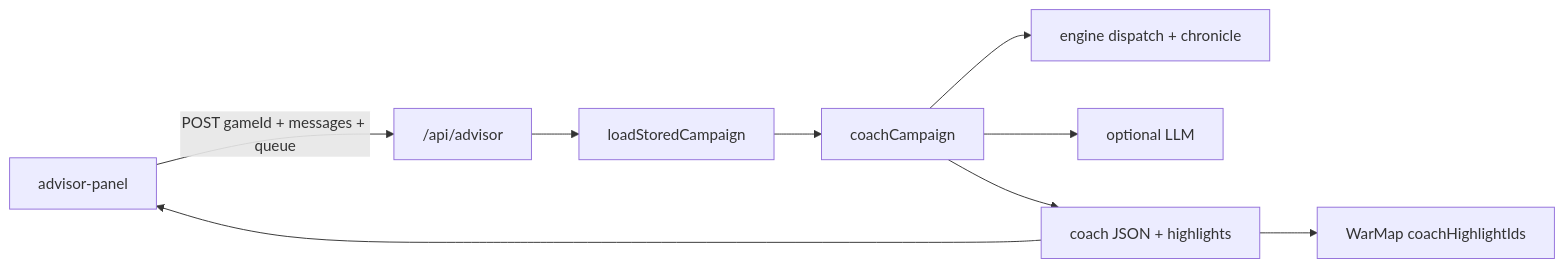
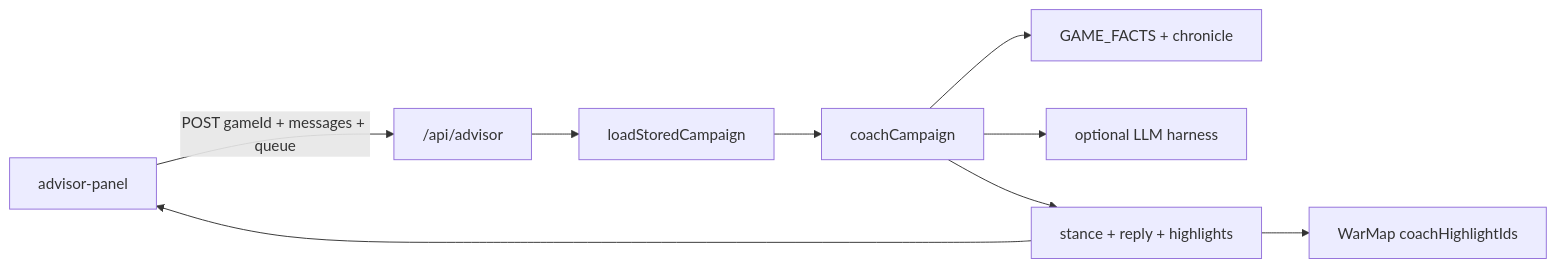
Before and after one commit to raymondymmak/ostfront: the second of 2 diagrams in ARCHITECTURE.md, drawn with Mermaid. The commit also changed other lines of this file and 27 other files, not shown here.

First line of the commit message:
Phase 2G Sprint 1: advisor harness, game facts, and order warnings (#80)

````diff
--- a/ARCHITECTURE.md
+++ b/ARCHITECTURE.md
@@ -187,11 +189,11 @@
 ```mermaid
 flowchart LR
   A["advisor-panel"] -->|"POST gameId + messages + queue"| B["/api/advisor"]
   B --> S["loadStoredCampaign"]
   S --> C["coachCampaign"]
-  C --> D["engine dispatch + chronicle"]
-  C --> E["optional LLM"]
-  C --> F["coach JSON + highlights"]
+  C --> D["GAME_FACTS + chronicle"]
+  C --> E["optional LLM harness"]
+  C --> F["stance + reply + highlights"]
   F --> A
   F --> M["WarMap coachHighlightIds"]
 ```
````
